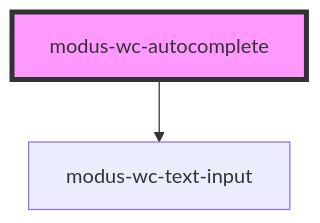
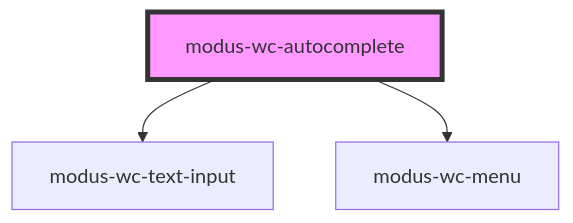
Before and after one commit to trimble-oss/modus-wc-2.0: the diagram in src/components/molecules/modus-wc-autocomplete/readme.md, drawn with Mermaid. The commit also changed other lines of this file and 32 other files, not shown here.

Commit message:
feat: add menu to autocomplete and fix customClass

````diff
--- a/src/components/molecules/modus-wc-autocomplete/readme.md
+++ b/src/components/molecules/modus-wc-autocomplete/readme.md
@@ -41,5 +42,6 @@
 ```mermaid
 graph TD;
   modus-wc-autocomplete --> modus-wc-text-input
+  modus-wc-autocomplete --> modus-wc-menu
   style modus-wc-autocomplete fill:#f9f,stroke:#333,stroke-width:4px
 ```
````
